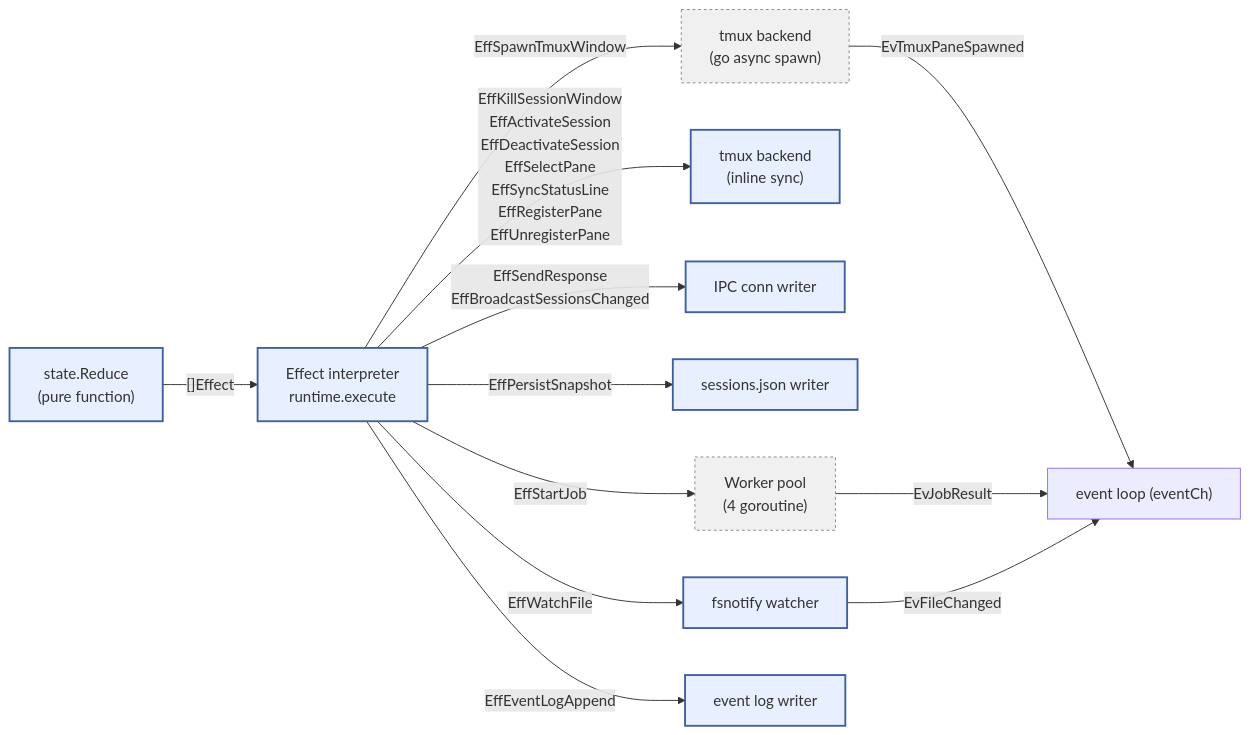
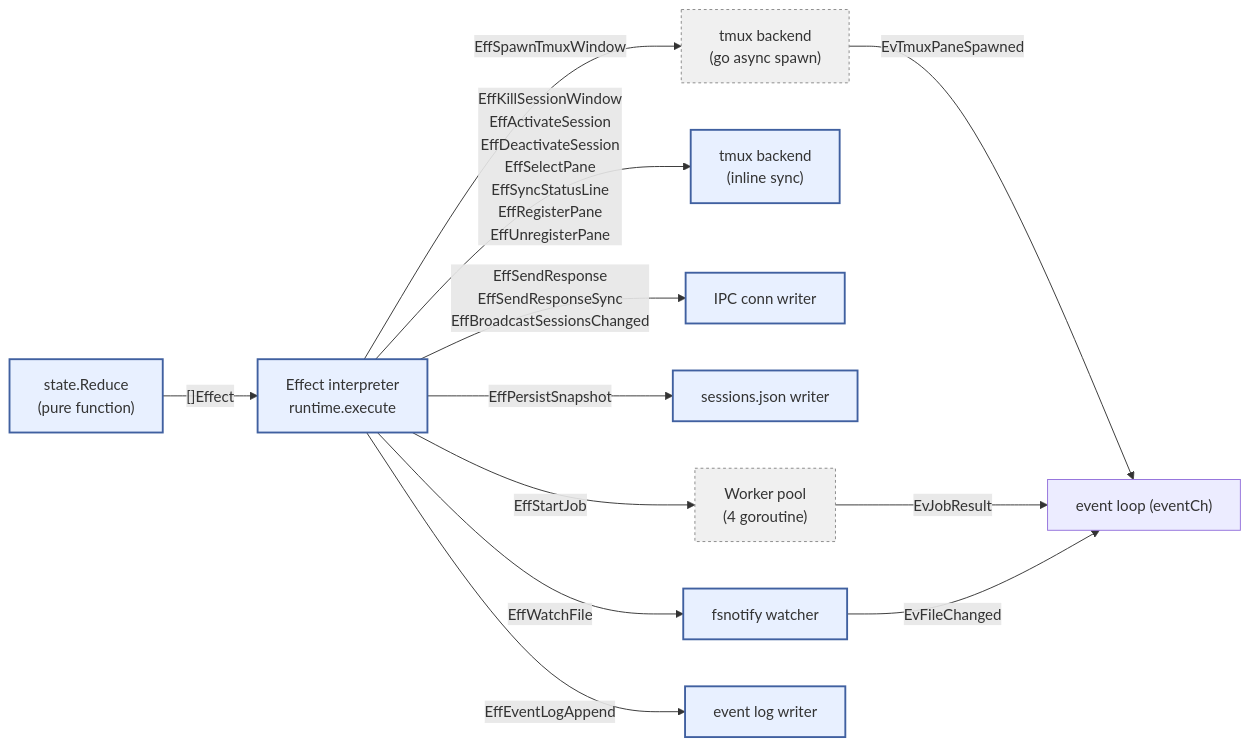
Before and after one commit to takezoh/agent-roost: the third of 6 diagrams in docs/ipc.md, drawn with Mermaid. The commit also changed other lines of this file and 3 other files, not shown here.

````diff
--- a/docs/ipc.md
+++ b/docs/ipc.md
@@ -137,22 +137,22 @@
 ```mermaid
 flowchart LR
     classDef sync fill:#e8f0ff,stroke:#4060a0,stroke-width:2px
     classDef async fill:#f0f0f0,stroke:#888,stroke-dasharray:3 3
 
     Reduce["state.Reduce<br/>(pure function)"]:::sync
     Interp["Effect interpreter<br/>runtime.execute"]:::sync
 
     Reduce -->|"[]Effect"| Interp
 
     Interp -->|EffSpawnTmuxWindow| Tmux["tmux backend<br/>(go async spawn)"]:::async
     Interp -->|EffKillSessionWindow<br/>EffActivateSession<br/>EffDeactivateSession<br/>EffSelectPane<br/>EffSyncStatusLine<br/>EffRegisterPane<br/>EffUnregisterPane| TmuxSync["tmux backend<br/>(inline sync)"]:::sync
-    Interp -->|EffSendResponse<br/>EffBroadcastSessionsChanged| IPC["IPC conn writer"]:::sync
+    Interp -->|EffSendResponse<br/>EffSendResponseSync<br/>EffBroadcastSessionsChanged| IPC["IPC conn writer"]:::sync
     Interp -->|EffPersistSnapshot| Persist["sessions.json writer"]:::sync
     Interp -->|EffStartJob| Pool["Worker pool<br/>(4 goroutine)"]:::async
     Interp -->|EffWatchFile| Watcher["fsnotify watcher"]:::sync
     Interp -->|EffEventLogAppend| EventLog["event log writer"]:::sync
 
     Tmux -->|EvTmuxPaneSpawned| EL["event loop (eventCh)"]
     Pool -->|EvJobResult| EL
     Watcher -->|EvFileChanged| EL
 ```
````
